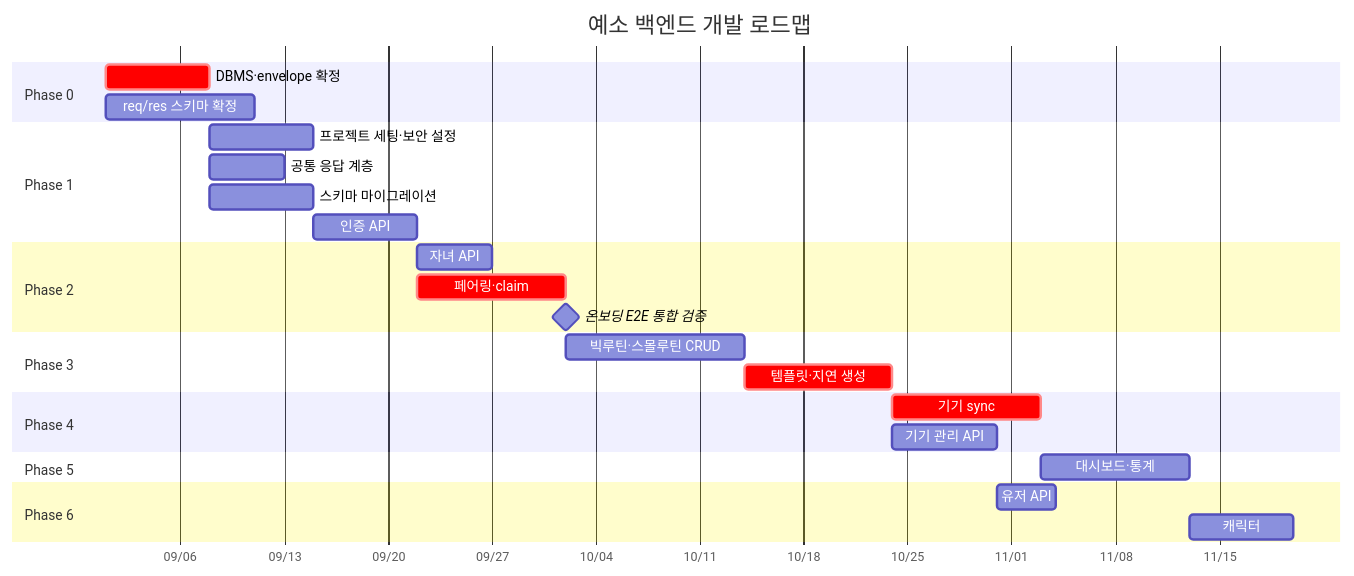
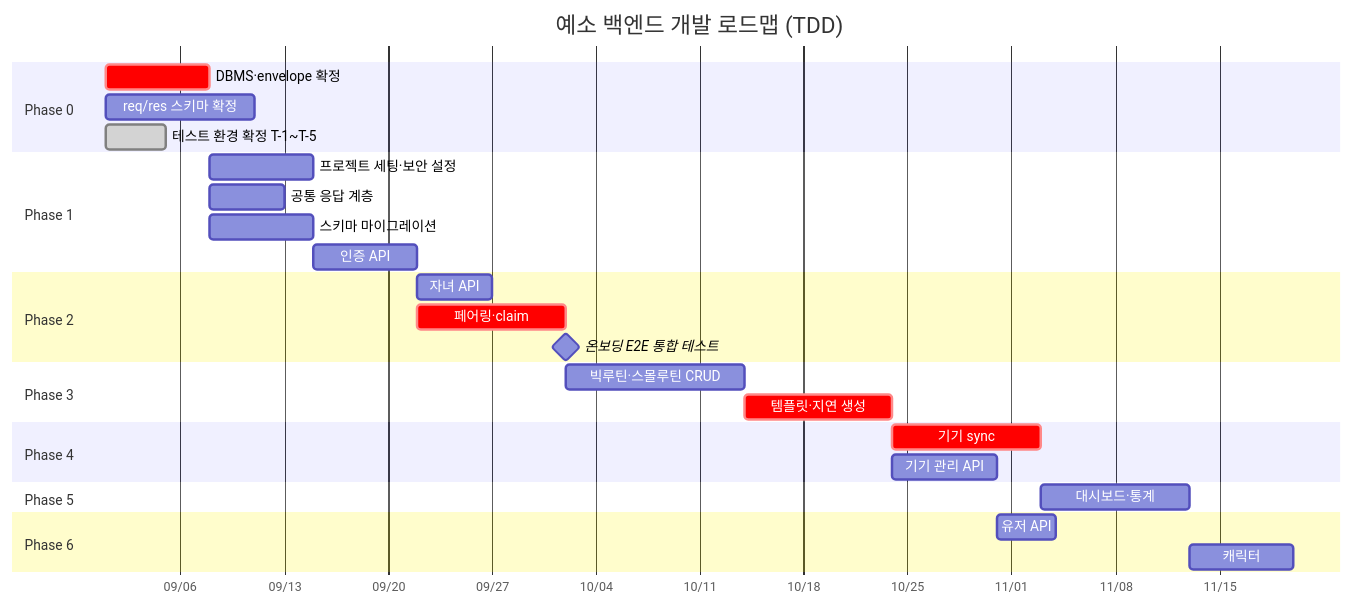
The diagram in docs/ROADMAP.md (najunho04/2026-khu-artistic-software), drawn with Mermaid before and after one commit. The commit also changed other lines of this file and 35 other files, not shown here.

````diff
--- a/docs/ROADMAP.md
+++ b/docs/ROADMAP.md
@@ -216,36 +578,37 @@
 ```mermaid
 gantt
-    title 예소 백엔드 개발 로드맵
+    title 예소 백엔드 개발 로드맵 (TDD)
     dateFormat YYYY-MM-DD
     axisFormat %m/%d
 
     section Phase 0
     DBMS·envelope 확정          :crit, p0, 2026-09-01, 7d
     req/res 스키마 확정          :p0b, 2026-09-01, 10d
+    테스트 환경 확정 T-1~T-5     :done, p0c, 2026-09-01, 4d
 
     section Phase 1
     프로젝트 세팅·보안 설정      :p1a, after p0, 7d
     공통 응답 계층               :p1d, after p0, 5d
     스키마 마이그레이션          :p1b, after p0, 7d
     인증 API                    :p1c, after p1a, 7d
 
     section Phase 2
     자녀 API                    :p2a, after p1c, 5d
     페어링·claim                :crit, p2b, after p1c, 10d
-    온보딩 E2E 통합 검증         :milestone, after p2b, 0d
+    온보딩 E2E 통합 테스트       :milestone, after p2b, 0d
 
     section Phase 3
     빅루틴·스몰루틴 CRUD        :p3a, after p2b, 12d
     템플릿·지연 생성            :crit, p3b, after p3a, 10d
 
     section Phase 4
     기기 sync                   :crit, p4a, after p3b, 10d
     기기 관리 API               :p4b, after p3b, 7d
 
     section Phase 5
     대시보드·통계               :p5, after p4a, 10d
 
     section Phase 6
     유저 API                    :p6a, after p4b, 4d
     캐릭터                      :p6b, after p5, 7d
 ```
````
